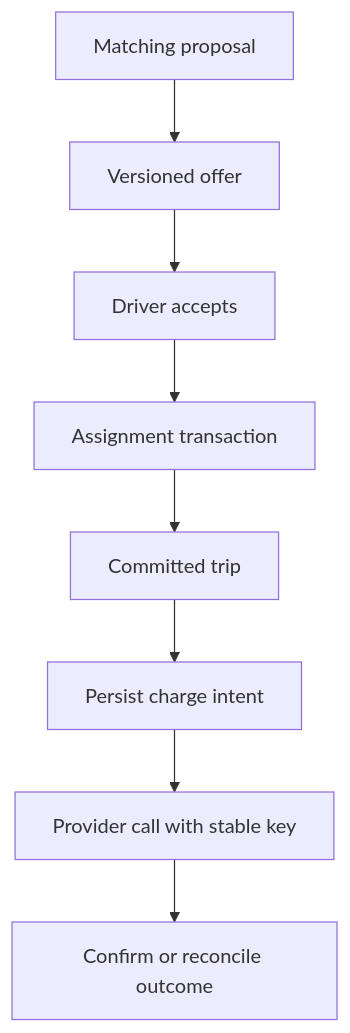
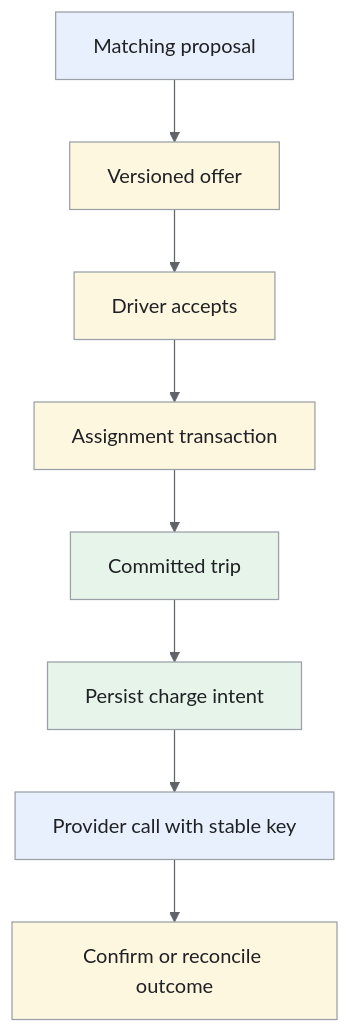
Before and after one commit to iliazlobin/iliazlobin.github.io: the fourth of 4 diagrams in _designs/system-design-uber.md, drawn with Mermaid. The commit also changed other lines of this file and 25 other files, not shown here.

Commit message:
docs: explain Batch B design flows and tradeoffs

````diff
--- a/_designs/system-design-uber.md
+++ b/_designs/system-design-uber.md
@@ -293,10 +344,18 @@
 ```mermaid
+%%{init: {'theme':'base','themeVariables':{'primaryColor':'#e8f0fe','primaryTextColor':'#202124','primaryBorderColor':'#9aa0a6','lineColor':'#5f6368','secondaryColor':'#e6f4ea','tertiaryColor':'#fef7e0','actorBkg':'#e8f0fe','actorBorder':'#9aa0a6','actorTextColor':'#202124','noteBkgColor':'#fef7e0','noteTextColor':'#202124','noteBorderColor':'#9aa0a6','signalColor':'#5f6368','signalTextColor':'#202124','labelBoxBkgColor':'#fef7e0','labelBoxBorderColor':'#9aa0a6'}}}%%
 flowchart TB
   M["Matching proposal"] --> O["Versioned offer"]
   O --> A["Driver accepts"]
   A --> T["Assignment transaction"]
   T --> R["Committed trip"]
   R --> P["Persist charge intent"]
   P --> C["Provider call with stable key"]
   C --> Q["Confirm or reconcile outcome"]
+classDef request fill:#e8f0fe,stroke:#9aa0a6,color:#202124;
+classDef data fill:#e6f4ea,stroke:#9aa0a6,color:#202124;
+classDef control fill:#fef7e0,stroke:#9aa0a6,color:#202124;
+class M,C request;
+class R,P data;
+class O,A,T,Q control;
+
 ```
````
